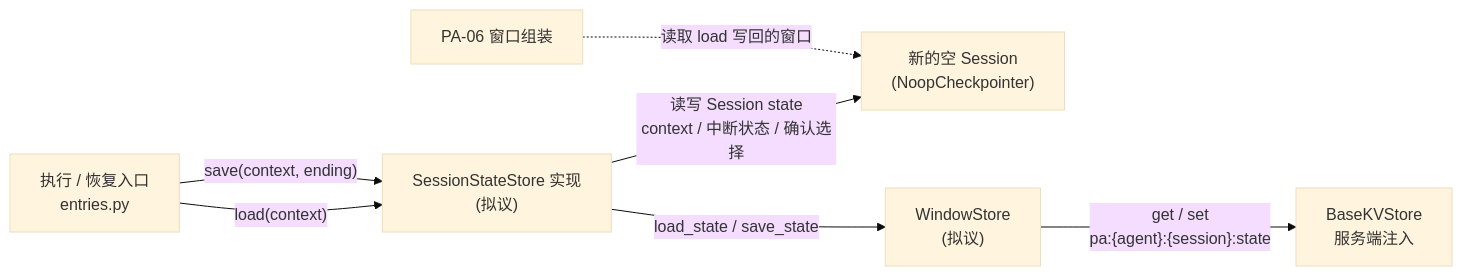
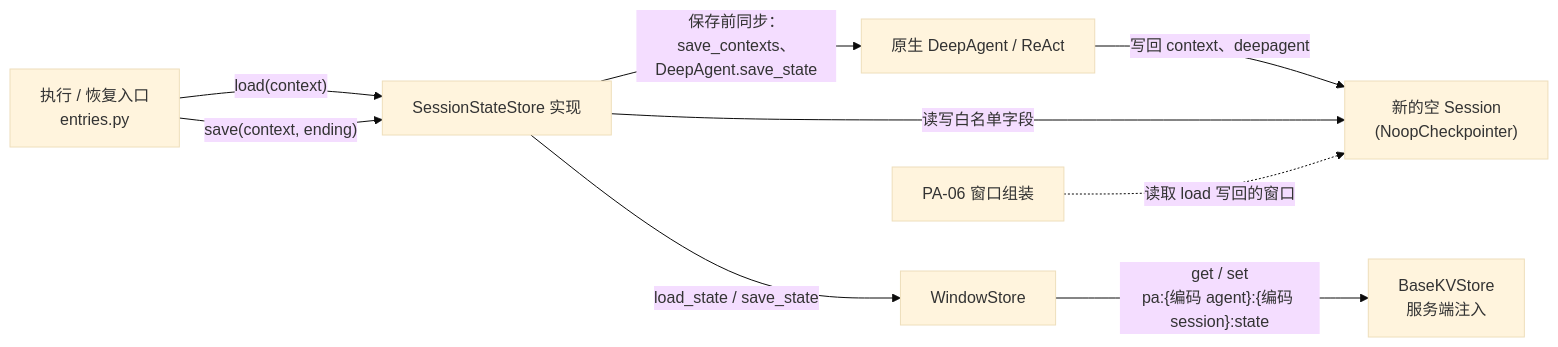
One commit to openJiuwen-ai/agent-core changed the first of 2 diagrams in openjiuwen/harness/persistent_agent/docs/features/F_17_session-state-record.md. Above: the diagram before and after it, drawn with Mermaid (base theme). The commit also changed other lines of this file and 1 other file, not shown here.

First line of the commit message:
docs(harness): record confirmed PA-10 session state decisions

````diff
--- a/openjiuwen/harness/persistent_agent/docs/features/F_17_session-state-record.md
+++ b/openjiuwen/harness/persistent_agent/docs/features/F_17_session-state-record.md
@@ -71,9 +81,11 @@
 ```mermaid
 flowchart LR
-    E["执行 / 恢复入口<br/>entries.py"] -- "load(context)" --> S["SessionStateStore 实现<br/>(拟议)"]
+    E["执行 / 恢复入口<br/>entries.py"] -- "load(context)" --> S["SessionStateStore 实现"]
     E -- "save(context, ending)" --> S
-    S -- "读写 Session state<br/>context / 中断状态 / 确认选择" --> SS["新的空 Session<br/>(NoopCheckpointer)"]
-    S -- "load_state / save_state" --> W["WindowStore<br/>(拟议)"]
-    W -- "get / set<br/>pa:{agent}:{session}:state" --> B["BaseKVStore<br/>服务端注入"]
+    S -- "保存前同步：save_contexts、<br/>DeepAgent.save_state" --> N["原生 DeepAgent / ReAct"]
+    N -- "写回 context、deepagent" --> SS["新的空 Session<br/>(NoopCheckpointer)"]
+    S -- "读写白名单字段" --> SS
+    S -- "load_state / save_state" --> W["WindowStore"]
+    W -- "get / set<br/>pa:{编码 agent}:{编码 session}:state" --> B["BaseKVStore<br/>服务端注入"]
     A["PA-06 窗口组装"] -. "读取 load 写回的窗口" .-> SS
 ```
````
